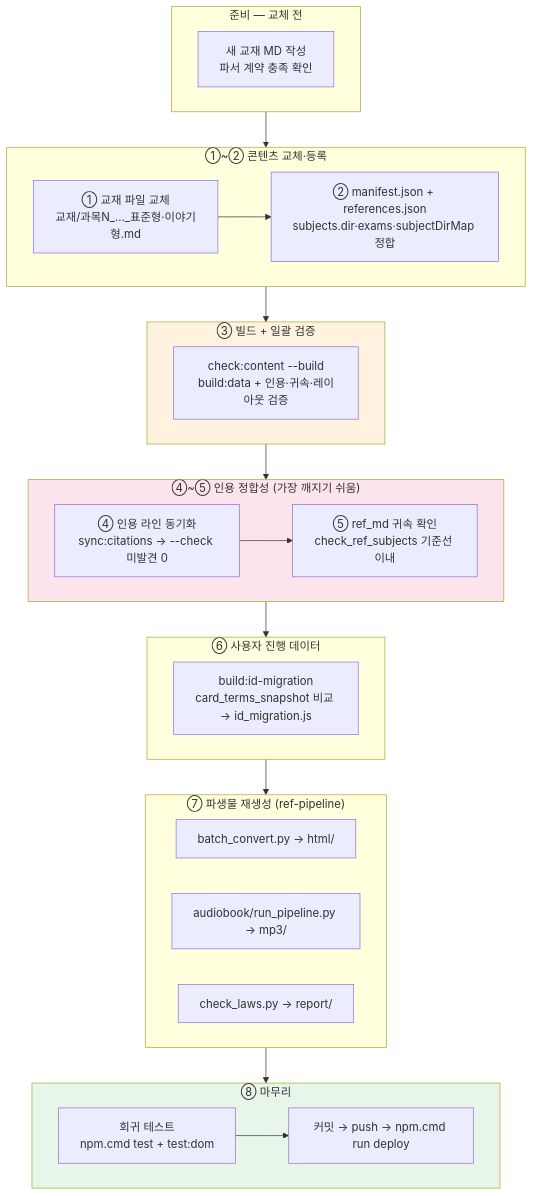
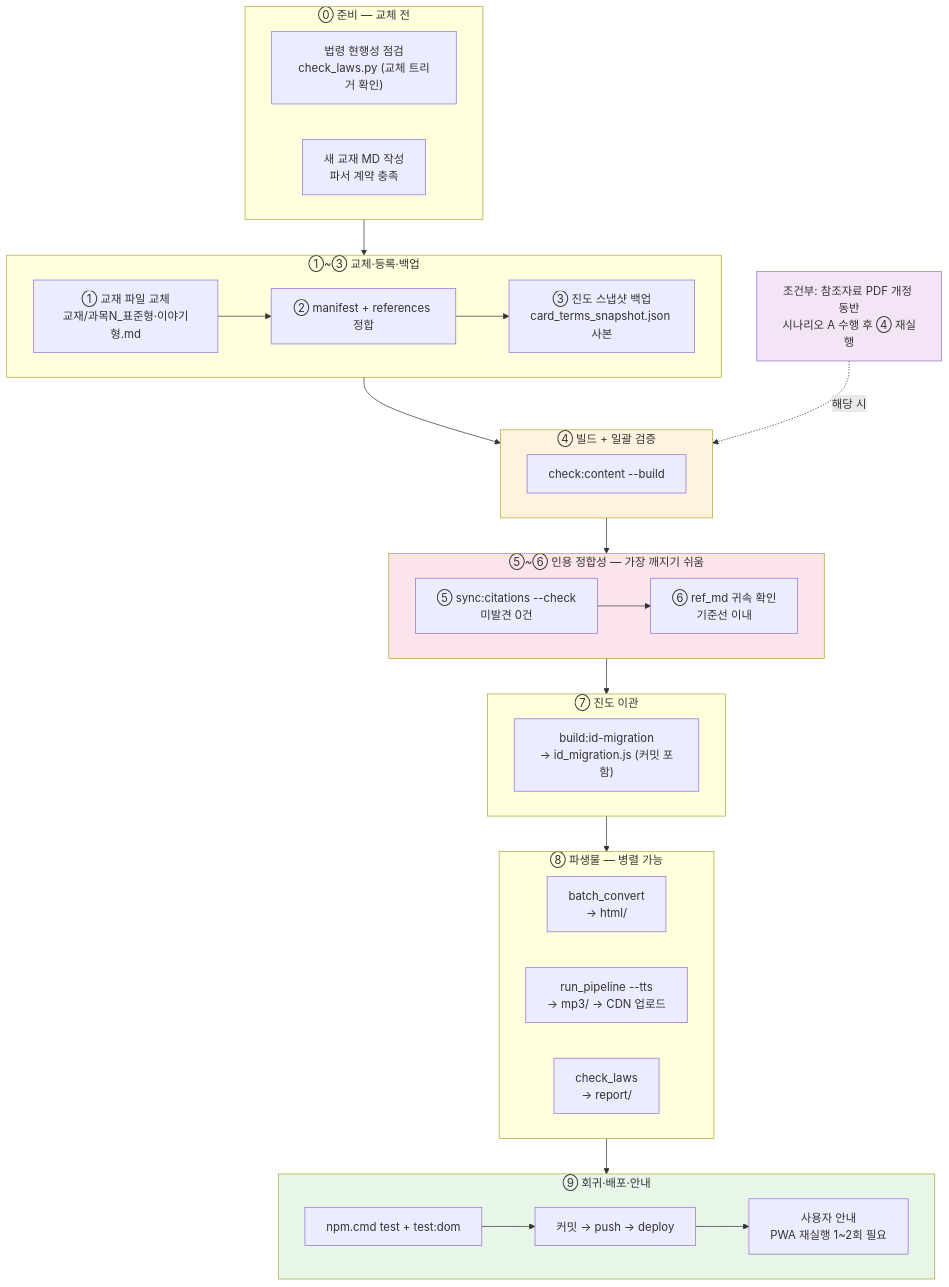
One commit to skygoldlee-cyber/Personalized_Skincare changed the diagram in docs/dev/TEXTBOOK_REPLACEMENT_RUNBOOK.md. Above: the diagram before and after it, drawn with Mermaid. The commit also changed other lines of this file, not shown here.

First line of the commit message:
교재 교체 런북 개정 — 백업·롤백·CDN·사용자 안내 단계 추가

````diff
--- a/docs/dev/TEXTBOOK_REPLACEMENT_RUNBOOK.md
+++ b/docs/dev/TEXTBOOK_REPLACEMENT_RUNBOOK.md
@@ -9,44 +13,50 @@
 ```mermaid
 flowchart TD
-    subgraph 준비["준비 — 교체 전"]
-        A0["새 교재 MD 작성<br/>파서 계약 충족 확인"]
+    subgraph P0["⓪ 준비 — 교체 전"]
+        A0a["법령 현행성 점검<br/>check_laws.py (교체 트리거 확인)"]
+        A0b["새 교재 MD 작성<br/>파서 계약 충족"]
     end
 
-    subgraph 교체["①~② 콘텐츠 교체·등록"]
-        A1["① 교재 파일 교체<br/>교재/과목N_…_표준형·이야기형.md"]
-        A2["② manifest.json + references.json<br/>subjects.dir·exams·subjectDirMap 정합"]
-        A1 --> A2
+    subgraph P1["①~③ 교체·등록·백업"]
+        A1["① 교재 파일 교체<br/>교재/과목N_표준형·이야기형.md"]
+        A2["② manifest + references 정합"]
+        A3["③ 진도 스냅샷 백업<br/>card_terms_snapshot.json 사본"]
+        A1 --> A2 --> A3
     end
 
-    subgraph 빌드["③ 빌드 + 일괄 검증"]
-        B1["check:content --build<br/>build:data + 인용·귀속·레이아웃 검증"]
+    subgraph P2["④ 빌드 + 일괄 검증"]
+        B1["check:content --build"]
     end
 
-    subgraph 인용["④~⑤ 인용 정합성 (가장 깨지기 쉬움)"]
-        C1["④ 인용 라인 동기화<br/>sync:citations → --check 미발견 0"]
-        C2["⑤ ref_md 귀속 확인<br/>check_ref_subjects 기준선 이내"]
+    subgraph P3["⑤~⑥ 인용 정합성 — 가장 깨지기 쉬움"]
+        C1["⑤ sync:citations --check<br/>미발견 0건"]
+        C2["⑥ ref_md 귀속 확인<br/>기준선 이내"]
         C1 --> C2
     end
 
-    subgraph 진도["⑥ 사용자 진행 데이터"]
-        D1["build:id-migration<br/>card_terms_snapshot 비교 → id_migration.js"]
+    subgraph P4["⑦ 진도 이관"]
+        D1["build:id-migration<br/>→ id_migration.js (커밋 포함)"]
     end
 
-    subgraph 파생["⑦ 파생물 재생성 (ref-pipeline)"]
-        E1["batch_convert.py → html/"]
-        E2["audiobook/run_pipeline.py → mp3/"]
-        E3["check_laws.py → report/"]
+    subgraph P5["⑧ 파생물 — 병렬 가능"]
+        E1["batch_convert<br/>→ html/"]
+        E2["run_pipeline --tts<br/>→ mp3/ → CDN 업로드"]
+        E3["check_laws<br/>→ report/"]
     end
 
-    subgraph 배포["⑧ 마무리"]
-        F1["회귀 테스트<br/>npm.cmd test + test:dom"]
-        F2["커밋 → push → npm.cmd run deploy"]
-        F1 --> F2
+    subgraph P6["⑨ 회귀·배포·안내"]
+        F1["npm.cmd test + test:dom"]
+        F2["커밋 → push → deploy"]
+        F3["사용자 안내<br/>PWA 재실행 1~2회 필요"]
+        F1 --> F2 --> F3
     end
 
-    준비 --> 교체 --> 빌드 --> 인용 --> 진도 --> 파생 --> 배포
+    P0 --> P1 --> P2 --> P3 --> P4 --> P5 --> P6
 
-    style 빌드 fill:#fff3e0
-    style 인용 fill:#fce4ec
-    style 배포 fill:#e8f5e9
+    REF["조건부: 참조자료 PDF 개정 동반<br/>시나리오 A 수행 후 ④ 재실행"] -.->|해당 시| P2
+
+    style P2 fill:#fff3e0
+    style P3 fill:#fce4ec
+    style P6 fill:#e8f5e9
+    style REF fill:#f3e5f5
 ```
````
